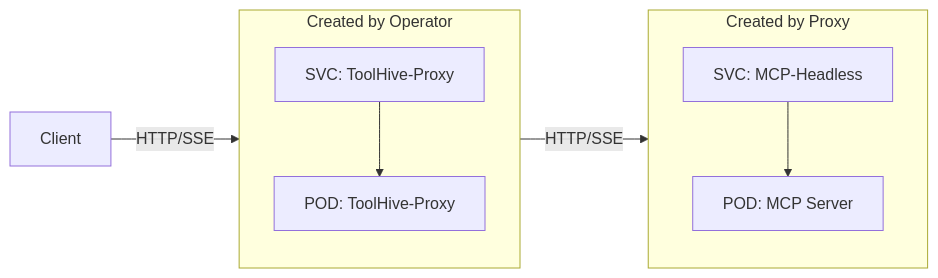
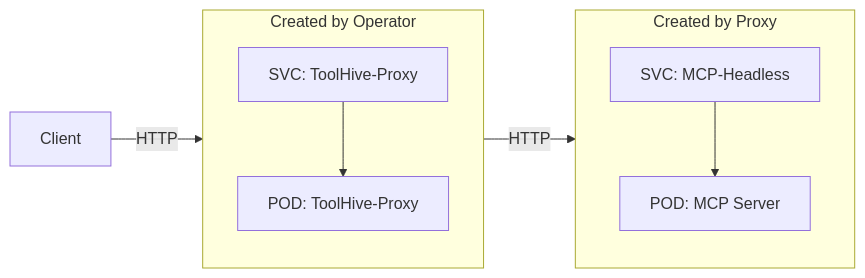
One commit to stacklok/docs-website changed the third of 3 diagrams in docs/toolhive/guides-k8s/run-mcp-k8s.md. Above: the diagram before and after it, drawn with Mermaid. The commit also changed other lines of this file and 1 other file, not shown here.

Commit message:
docs: adds streamable http examples and documentation (#96)

````diff
--- a/docs/toolhive/guides-k8s/run-mcp-k8s.md
+++ b/docs/toolhive/guides-k8s/run-mcp-k8s.md
@@ -75,19 +75,19 @@
 ```mermaid
 flowchart LR
   subgraph Proxy["Created by Operator"]
     direction TB
     ProxyService["SVC: ToolHive-Proxy"]
     ProxyPod["POD: ToolHive-Proxy"]
     ProxyService --> ProxyPod
   end
 
   subgraph MCP["Created by Proxy"]
     direction TB
     MCPService["SVC: MCP-Headless"]
     MCPPod["POD: MCP Server"]
   end
 
-  Client["Client"] -->|HTTP/SSE| Proxy
-  Proxy -->|HTTP/SSE| MCP
+  Client["Client"] -->|HTTP| Proxy
+  Proxy -->|HTTP| MCP
   MCPService --> MCPPod
 ```
````
